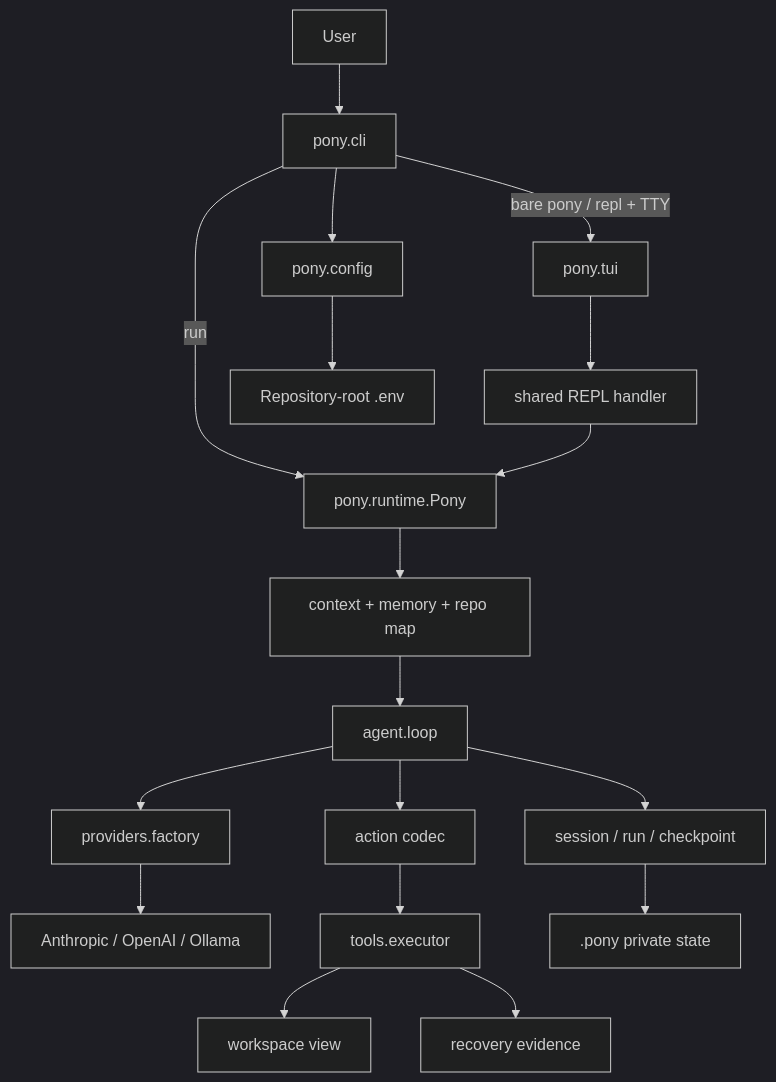
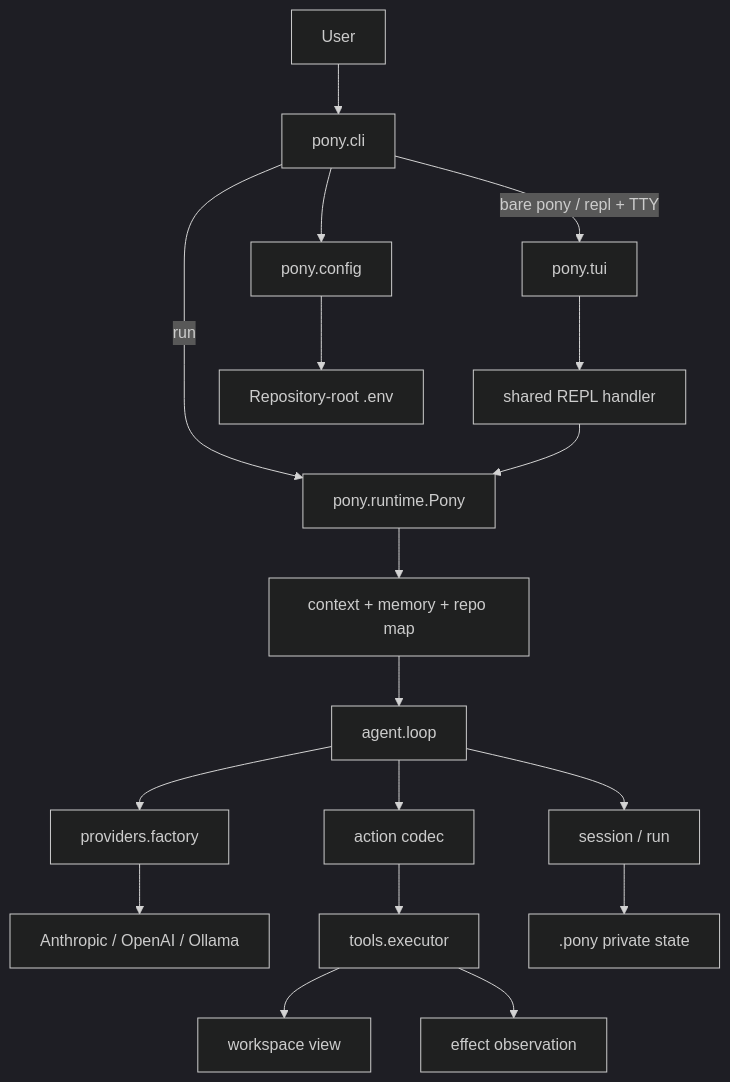
Before and after one commit to xiawiie/pony-code: the first of 5 diagrams in docs/architecture.md, drawn with Mermaid (dark theme). The commit also changed other lines of this file and 129 other files, not shown here.

````diff
--- a/docs/architecture.md
+++ b/docs/architecture.md
@@ -8,20 +8,20 @@
 ```mermaid
 flowchart TB
     U["User"] --> CLI["pony.cli"]
     CLI -->|"bare pony / repl + TTY"| TUI["pony.tui"]
     TUI --> REPL["shared REPL handler"]
     CLI -->|"run"| RT["pony.runtime.Pony"]
     REPL --> RT
     CLI --> CFG["pony.config"]
     CFG --> ENV["Repository-root .env"]
     RT --> CTX["context + memory + repo map"]
     CTX --> LOOP["agent.loop"]
     LOOP --> PF["providers.factory"]
     PF --> API["Anthropic / OpenAI / Ollama"]
     LOOP --> ACT["action codec"]
     ACT --> TOOLS["tools.executor"]
     TOOLS --> WRK["workspace view"]
-    LOOP --> STATE["session / run / checkpoint"]
+    LOOP --> STATE["session / run"]
     STATE --> LOCAL[".pony private state"]
-    TOOLS --> REC["recovery evidence"]
+    TOOLS --> OBS["effect observation"]
 ```
````
